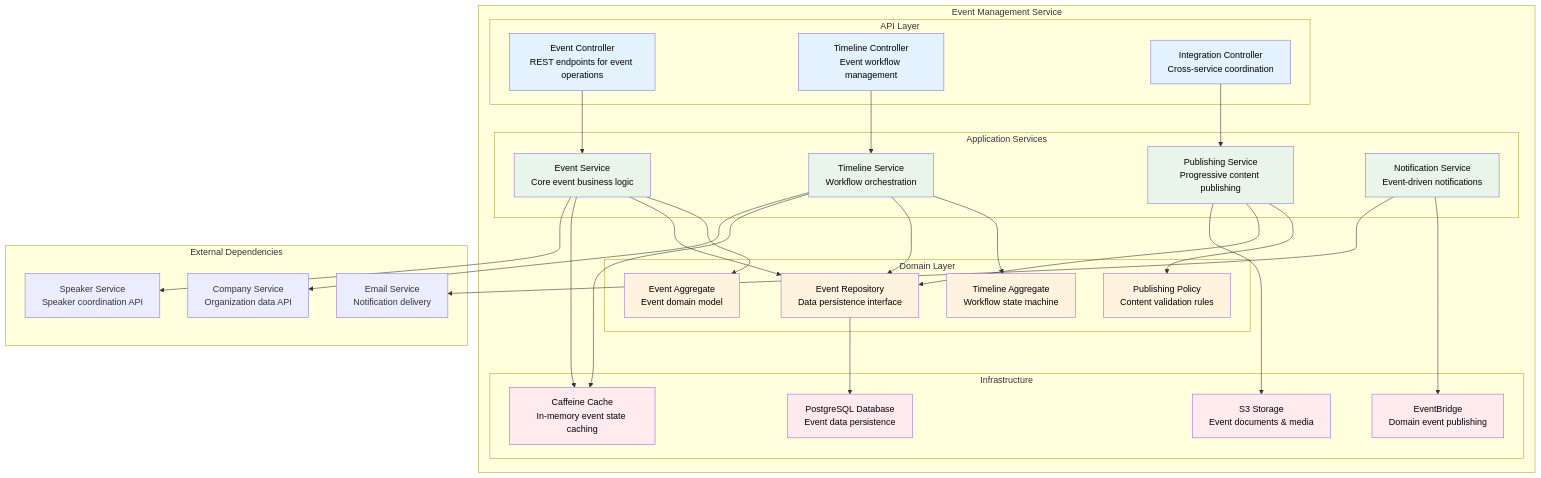
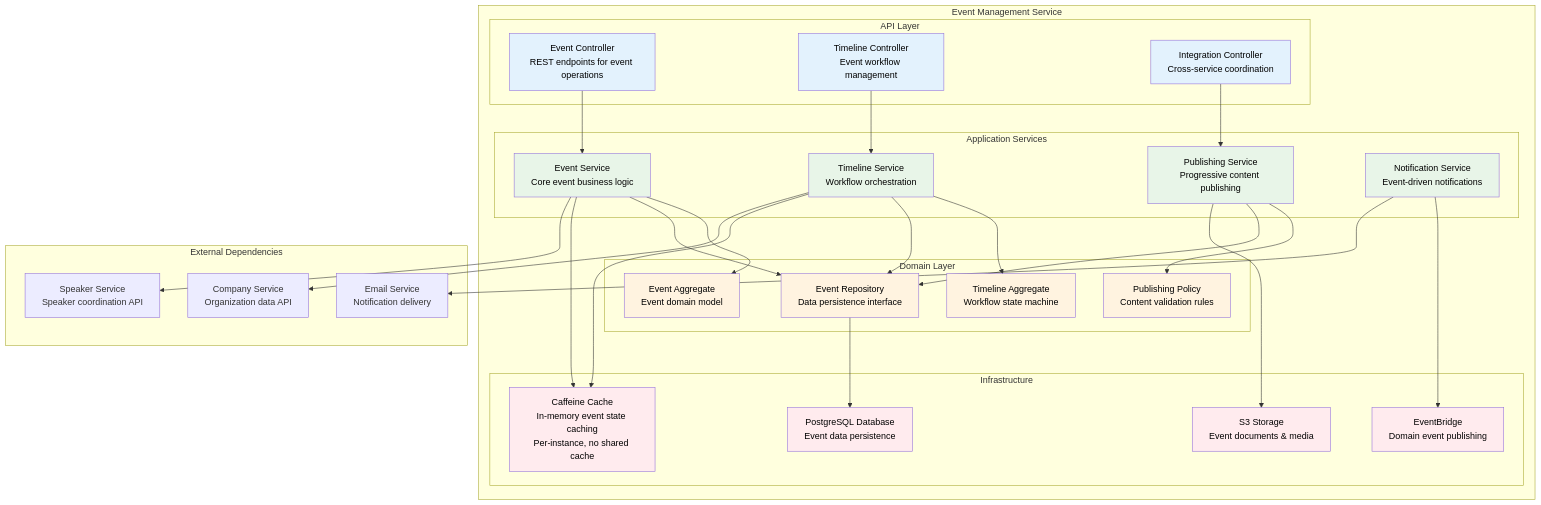
One commit to nissimbuchs/BATbern2 changed the third of 3 diagrams in docs/architecture/01-system-overview.md. Above: the diagram before and after it, drawn with Mermaid. The commit also changed other lines of this file and 31 other files, not shown here.

````diff
--- a/docs/architecture/01-system-overview.md
+++ b/docs/architecture/01-system-overview.md
@@ -224,75 +224,75 @@
 ```mermaid
 graph TB
     subgraph "Event Management Service"
         subgraph "API Layer"
             A[Event Controller<br/>REST endpoints for event operations]
             B[Timeline Controller<br/>Event workflow management]
             C[Integration Controller<br/>Cross-service coordination]
         end
 
         subgraph "Application Services"
             D[Event Service<br/>Core event business logic]
             E[Timeline Service<br/>Workflow orchestration]
             F[Publishing Service<br/>Progressive content publishing]
             G[Notification Service<br/>Event-driven notifications]
         end
 
         subgraph "Domain Layer"
             H[Event Aggregate<br/>Event domain model]
             I[Timeline Aggregate<br/>Workflow state machine]
             J[Publishing Policy<br/>Content validation rules]
             K[Event Repository<br/>Data persistence interface]
         end
 
         subgraph "Infrastructure"
             L[PostgreSQL Database<br/>Event data persistence]
-            M[Caffeine Cache<br/>In-memory event state caching]
+            M[Caffeine Cache<br/>In-memory event state caching<br/>Per-instance, no shared cache]
             N[S3 Storage<br/>Event documents & media]
             O[EventBridge<br/>Domain event publishing]
         end
     end
 
     subgraph "External Dependencies"
         P[Speaker Service<br/>Speaker coordination API]
         Q[Company Service<br/>Organization data API]
         R[Email Service<br/>Notification delivery]
     end
 
     A --> D
     B --> E
     C --> F
 
     D --> H
     E --> I
     F --> J
 
     D --> K
     E --> K
     F --> K
 
     K --> L
     D --> M
     E --> M
     F --> N
     G --> O
 
     D --> P
     E --> Q
     G --> R
 
     style A fill:#e3f2fd,color:#000
     style B fill:#e3f2fd,color:#000
     style C fill:#e3f2fd,color:#000
     style D fill:#e8f5e8,color:#000
     style E fill:#e8f5e8,color:#000
     style F fill:#e8f5e8,color:#000
     style G fill:#e8f5e8,color:#000
     style H fill:#fff3e0,color:#000
     style I fill:#fff3e0,color:#000
     style J fill:#fff3e0,color:#000
     style K fill:#fff3e0,color:#000
     style L fill:#ffebee,color:#000
     style M fill:#ffebee,color:#000
     style N fill:#ffebee,color:#000
     style O fill:#ffebee,color:#000
 ```
````
